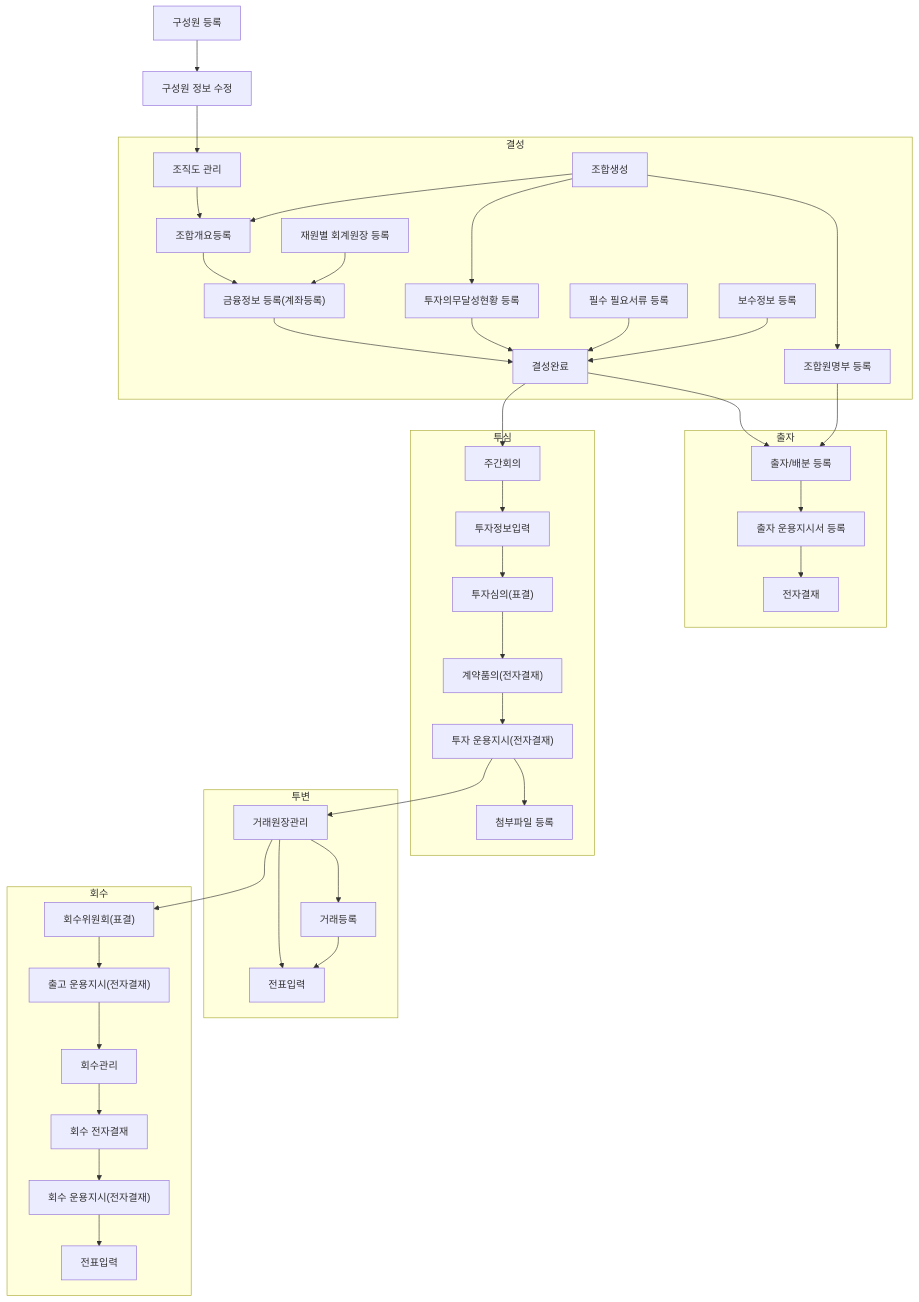
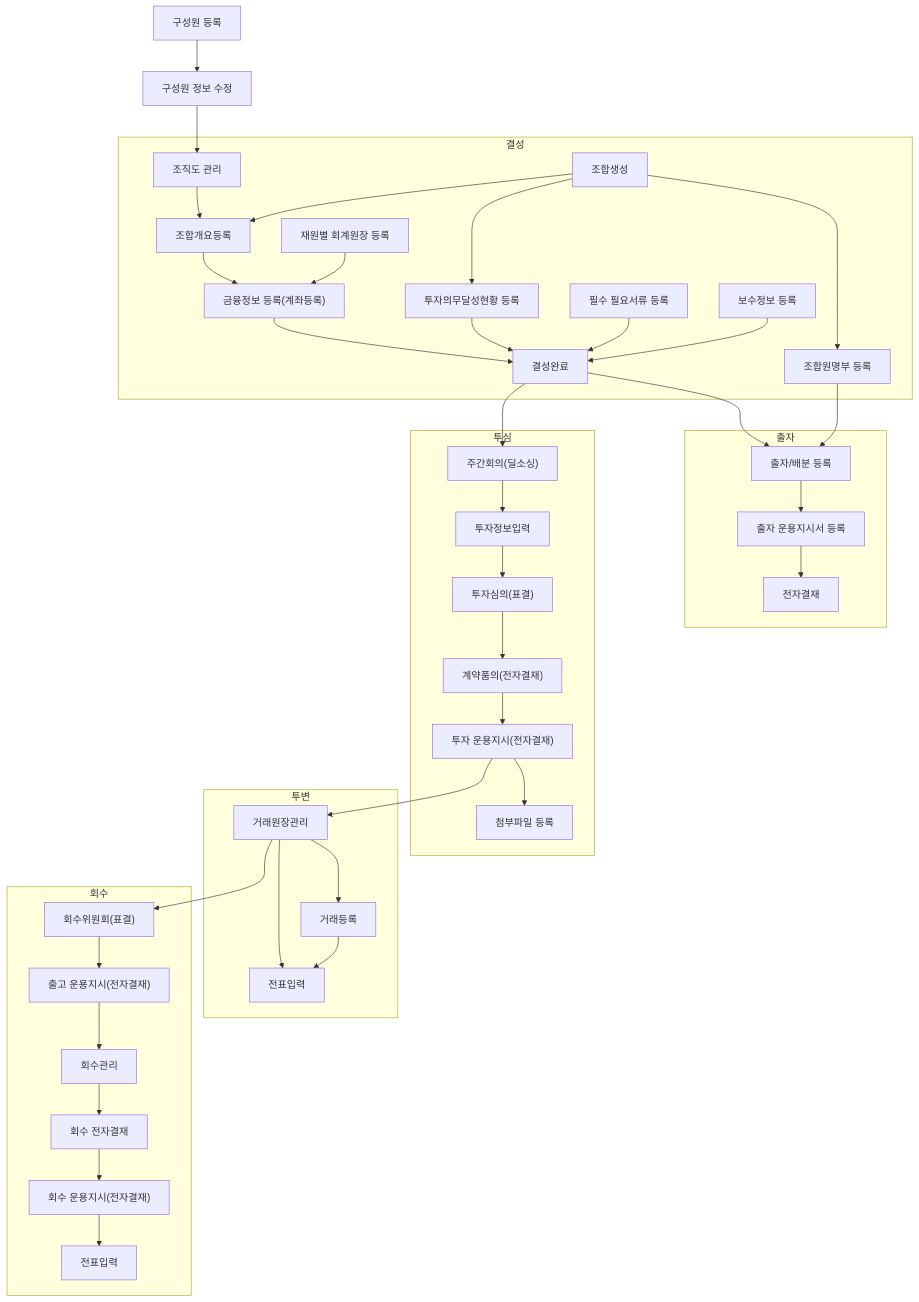
Before and after one commit to cotes2020/jekyll-theme-chirpy: the diagram in _tabs/about.md, drawn with Mermaid. The commit also changed other lines of this file, not shown here.

````diff
--- a/_tabs/about.md
+++ b/_tabs/about.md
@@ -92,18 +47,18 @@
 
     subgraph 출자["출자"]
         fd0006["출자/배분 등록"]
-        io0002["출자 운용지시서 등록"]
+        oi0002["출자 운용지시서 등록"]
         ed0001["전자결재"]
 
         fd0000 --> fd0006
         fd0011 --> fd0006
-        fd0006 --> io0002 
-        io0002 --> ed0001
+        fd0006 --> oi0002 
+        oi0002 --> ed0001
 
     end
 
     subgraph 투자심의["투심"]
-        wr0003["주간회의"]
+        wr0003["주간회의(딜소싱)"]
         vs0003["투자정보입력"]
         vs0006["투자심의(표결)"]
         ed0001a["계약품의(전자결재)"]
@@ -166,6 +121,8 @@
 click fd0006 "{% post_url 2024-07-07-fd0006 %}" " "
 click oi0002 "{% post_url 2024-07-07-oi0002 %}" " "
 click ed0001 "{% post_url 2024-07-08-ed0001 %}" " "
+click wr0003 "{% post_url 2024-07-09-wr0003 %}" " "
 
 %% style fd0001 fill:#e6ffe6,stroke:#66cc66,stroke-width:2px,rx:10,ry:10
+
 ```
````
